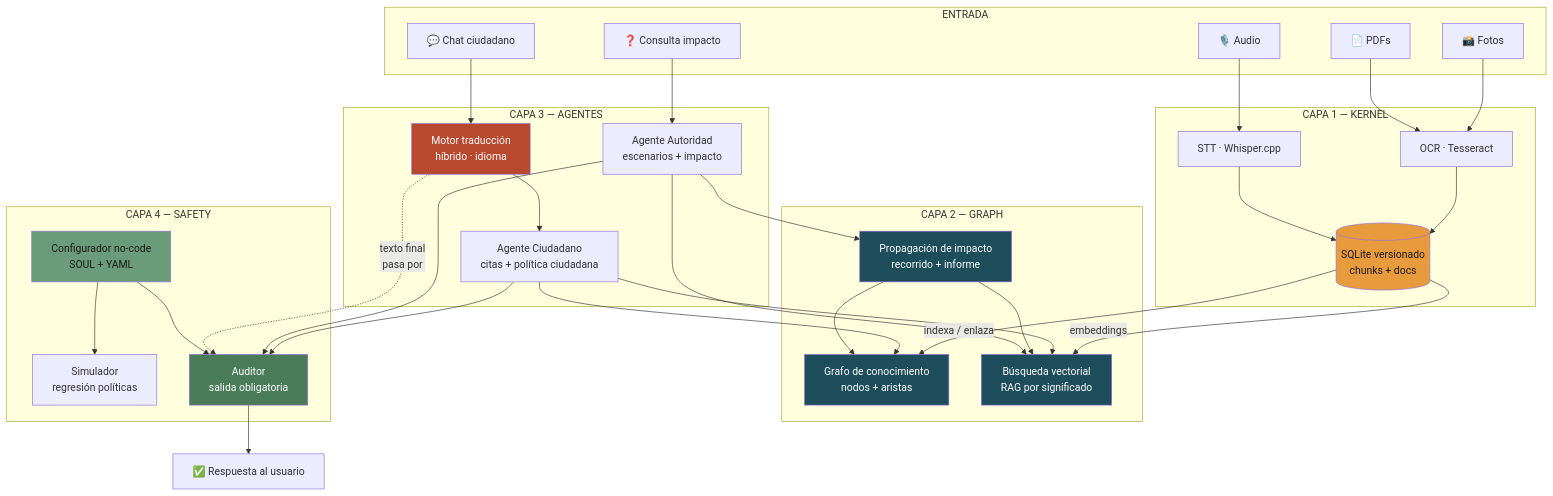
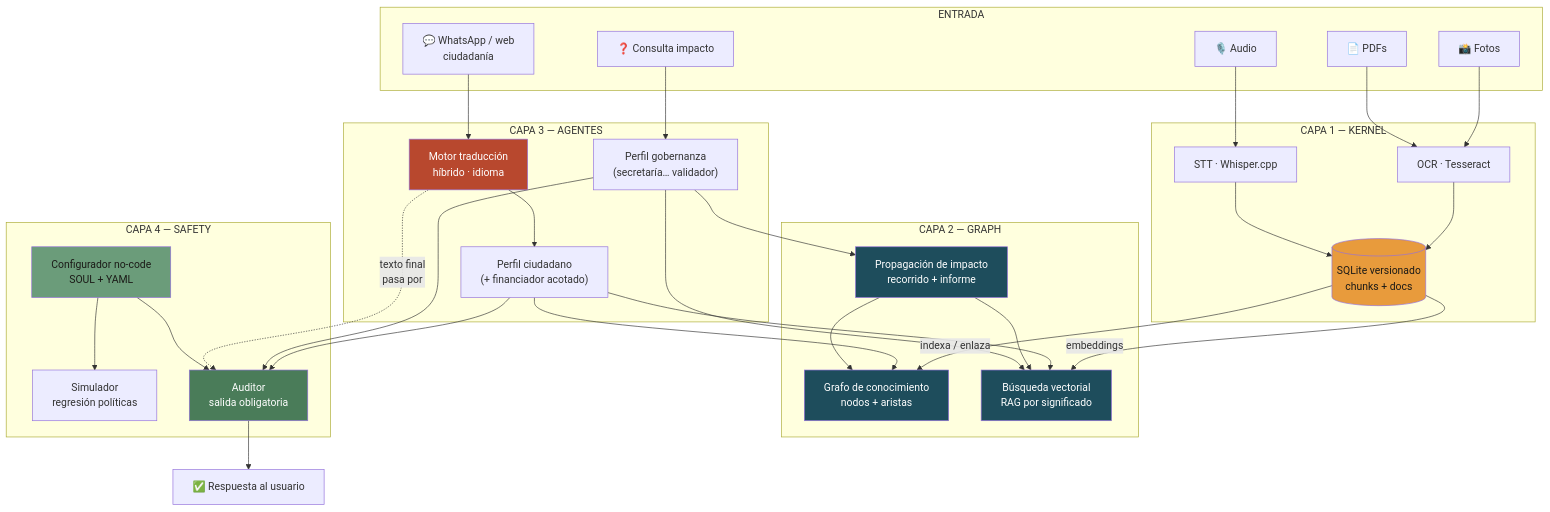
One commit to ariutokintumi/IAldea-org changed the seventh of 10 diagrams in docs/planning/plan_producto_unificado.md. Above: the diagram before and after it, drawn with Mermaid. The commit also changed other lines of this file and 18 other files, not shown here.

First line of the commit message:
add role matrix docs, WhatsApp policy, and agent pipeline

````diff
--- a/docs/planning/plan_producto_unificado.md
+++ b/docs/planning/plan_producto_unificado.md
@@ -298,71 +329,71 @@
 ```mermaid
 flowchart TB
     subgraph EN["ENTRADA"]
         I1["📸 Fotos"]
         I2["🎙️ Audio"]
         I3["📄 PDFs"]
-        I4["💬 Chat ciudadano"]
+        I4["💬 WhatsApp / web<br/>ciudadanía"]
         I5["❓ Consulta impacto"]
     end
 
     subgraph K["CAPA 1 — KERNEL"]
         K1["OCR · Tesseract"]
         K2["STT · Whisper.cpp"]
         K3[(SQLite versionado<br/>chunks + docs)]
     end
 
     subgraph G["CAPA 2 — GRAPH"]
         G1["Grafo de conocimiento<br/>nodos + aristas"]
         G2["Búsqueda vectorial<br/>RAG por significado"]
         G3["Propagación de impacto<br/>recorrido + informe"]
     end
 
     subgraph AG["CAPA 3 — AGENTES"]
         A3["Motor traducción<br/>híbrido · idioma"]
-        A1["Agente Ciudadano<br/>citas + política ciudadana"]
-        A2["Agente Autoridad<br/>escenarios + impacto"]
+        A1["Perfil ciudadano<br/>(+ financiador acotado)"]
+        A2["Perfil gobernanza<br/>(secretaría… validador)"]
     end
 
     subgraph SF["CAPA 4 — SAFETY"]
         S2["Configurador no-code<br/>SOUL + YAML"]
         S3["Simulador<br/>regresión políticas"]
         S1["Auditor<br/>salida obligatoria"]
     end
 
     OUT["✅ Respuesta al usuario"]
 
     I1 --> K1
     I3 --> K1
     I2 --> K2
     K1 --> K3
     K2 --> K3
 
     K3 -->|"indexa / enlaza"| G1
     K3 -->|"embeddings"| G2
 
     I4 --> A3
     A3 --> A1
     A1 --> G2
     A1 --> G1
 
     I5 --> A2
     A2 --> G3
     G3 --> G1
     G3 --> G2
     A2 --> G2
 
     A1 --> S1
     A2 --> S1
     A3 -.->|"texto final<br/>pasa por"| S1
     S2 --> S1
     S2 --> S3
     S1 --> OUT
 
     style K3 fill:#E89B3C,color:#1B1A17
     style G1 fill:#1E4D5C,color:#fff
     style G2 fill:#1E4D5C,color:#fff
     style G3 fill:#1E4D5C,color:#fff
     style A3 fill:#B8482E,color:#fff
     style S1 fill:#4A7C59,color:#fff
     style S2 fill:#6b9c7a,color:#1B1A17
 ```
````
